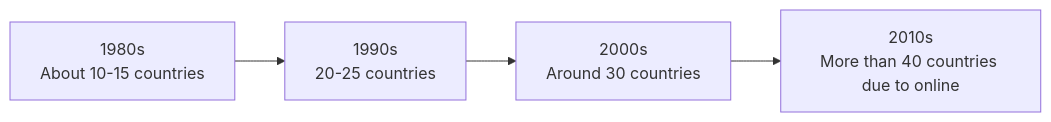
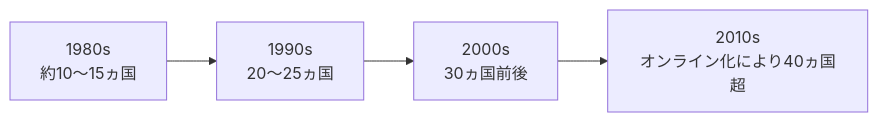
One commit to monumental-movement/monumental-movement.github.io changed the sixth of 9 diagrams in en/_posts/2025-11-23-column-dmc-world-dj-championship.md. Above: the diagram before and after it, drawn with Mermaid. The commit also changed other lines of this file and 2196 other files, not shown here.

```diff
--- a/en/_posts/2025-11-23-column-dmc-world-dj-championship.md
+++ b/en/_posts/2025-11-23-column-dmc-world-dj-championship.md
@@ -342,6 +341,6 @@
 <div class="mermaid">
 graph LR
-    A[1980s<br>About 10-15 countries] --> B[1990s<br>20-25 countries]
-    B --> C[2000s<br>Around 30 countries]
-    C --> D[2010s<br>More than 40 countries due to online]
+    A[1980s<br>約10〜15ヵ国] --> B[1990s<br>20〜25ヵ国]
+    B --> C[2000s<br>30ヵ国前後]
+    C --> D[2010s<br>オンライン化により40ヵ国超]
 </div>
```
